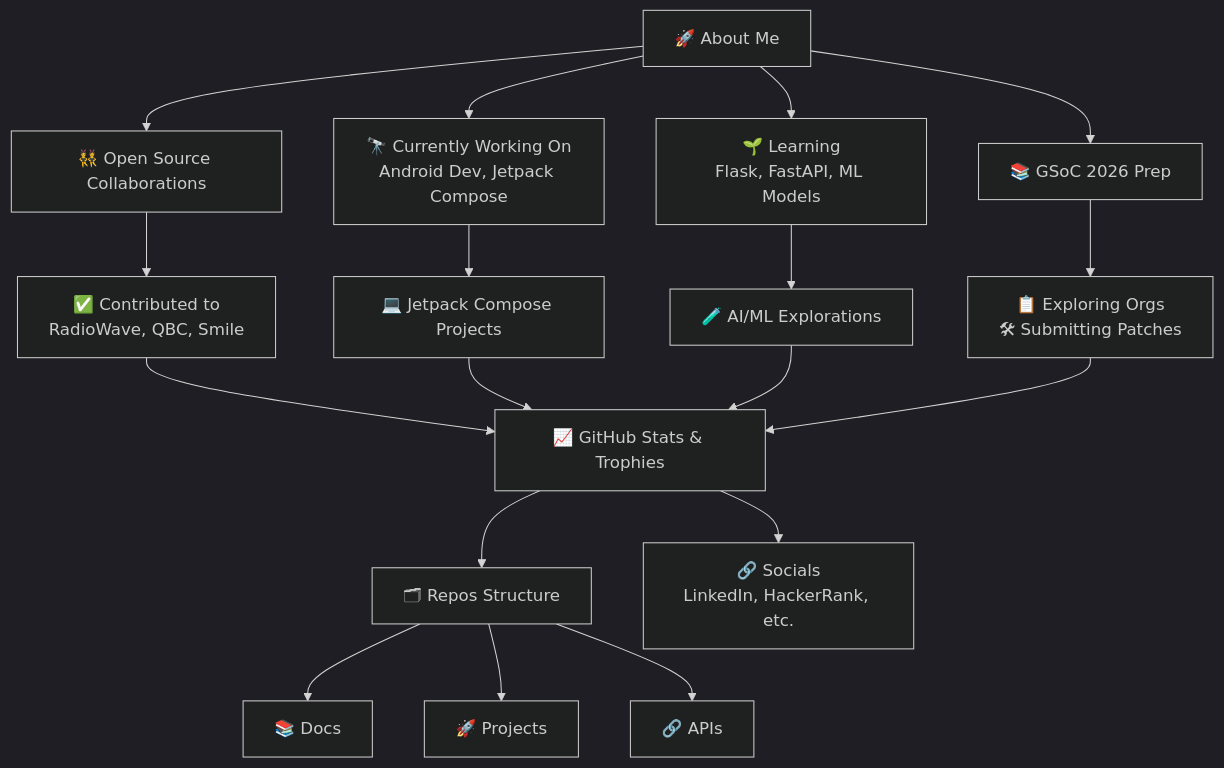
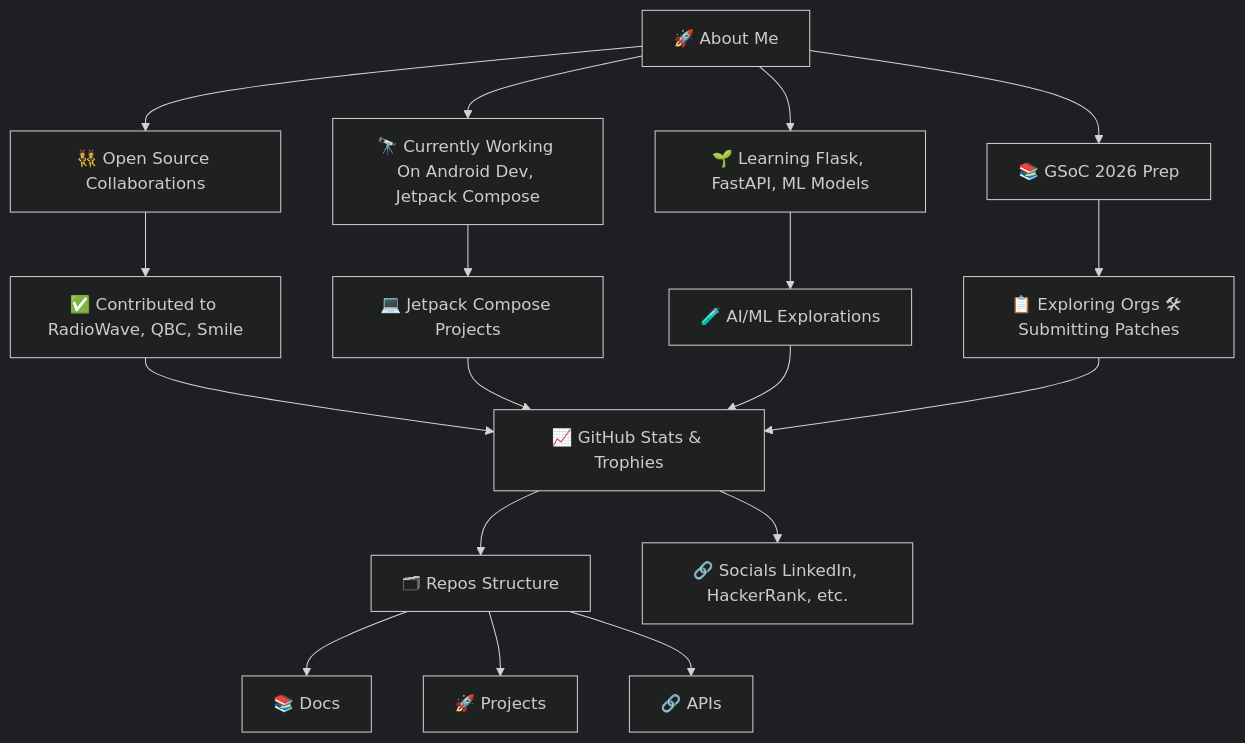
Before and after one commit to Aditya948351/Aditya948351: the diagram in README.md, drawn with Mermaid (dark theme).

````diff
--- a/README.md
+++ b/README.md
@@ -20,26 +20,26 @@
 ```mermaid
 graph TD
-  A[🚀 About Me] --> B[🔭 Currently Working On\nAndroid Dev, Jetpack Compose]
-  A --> C[🌱 Learning\nFlask, FastAPI, ML Models]
+  A[🚀 About Me] --> B[🔭 Currently Working On Android Dev, Jetpack Compose]
+  A --> C[🌱 Learning Flask, FastAPI, ML Models]
   A --> D[👯 Open Source Collaborations]
   A --> E[📚 GSoC 2026 Prep]
 
   B --> F[💻 Jetpack Compose Projects]
   C --> G[🧪 AI/ML Explorations]
-  D --> H[✅ Contributed to\nRadioWave, QBC, Smile]
-  E --> I[📋 Exploring Orgs\n🛠 Submitting Patches]
+  D --> H[✅ Contributed to RadioWave, QBC, Smile]
+  E --> I[📋 Exploring Orgs 🛠 Submitting Patches]
 
   H --> J[📈 GitHub Stats & Trophies]
   F --> J
   G --> J
   I --> J
 
   J --> K[🗂 Repos Structure]
   K --> L[📚 Docs]
   K --> M[🚀 Projects]
   K --> N[🔗 APIs]
 
-  J --> O[🔗 Socials\nLinkedIn, HackerRank, etc.]
+  J --> O[🔗 Socials LinkedIn, HackerRank, etc.]
 
 
 ```
````
